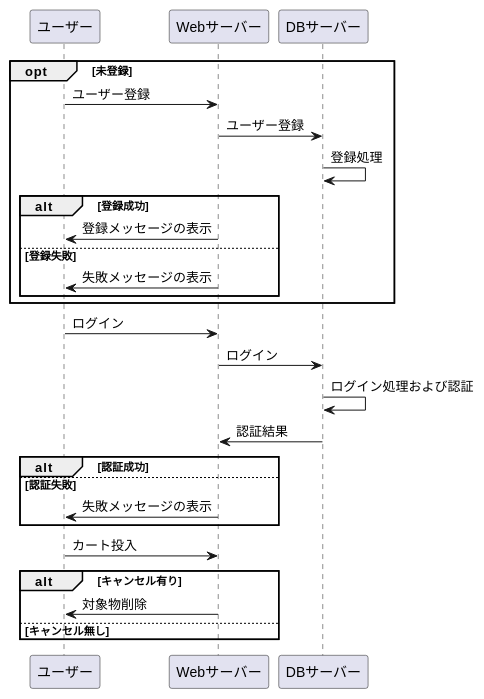
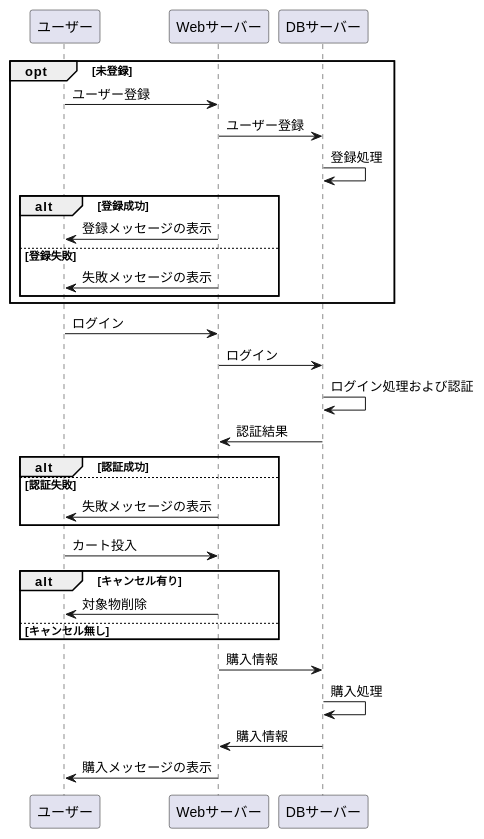
The diagram in 0511kadai.md (Aso2001374/2021sys-design), drawn with PlantUML before and after one commit.

````diff
--- a/0511kadai.md
+++ b/0511kadai.md
@@ -1,41 +1,45 @@
 ```uml
 @startuml
 
 opt 未登録
 
 ユーザー -> Webサーバー:ユーザー登録
 Webサーバー -> DBサーバー:ユーザー登録
 DBサーバー -> DBサーバー:登録処理
 
   alt 登録成功
     Webサーバー ->ユーザー:登録メッセージの表示
   else 登録失敗
     Webサーバー ->ユーザー:失敗メッセージの表示
   end
   
 end
 
 ユーザー -> Webサーバー:ログイン
 Webサーバー -> DBサーバー:ログイン
 DBサーバー -> DBサーバー:ログイン処理および認証
 DBサーバー -> Webサーバー:認証結果
 
   alt 認証成功
     else 認証失敗
     Webサーバー ->ユーザー:失敗メッセージの表示
   end
     
 
 ユーザー -> Webサーバー:カート投入
 
   
   alt キャンセル有り
       Webサーバー ->ユーザー:対象物削除
     else キャンセル無し
   end
   
+Webサーバー -> DBサーバー:購入情報
+DBサーバー -> DBサーバー:購入処理
+DBサーバー -> Webサーバー:購入情報
+Webサーバー ->ユーザー:購入メッセージの表示
   
   
 
 @enduml
 ```
````
